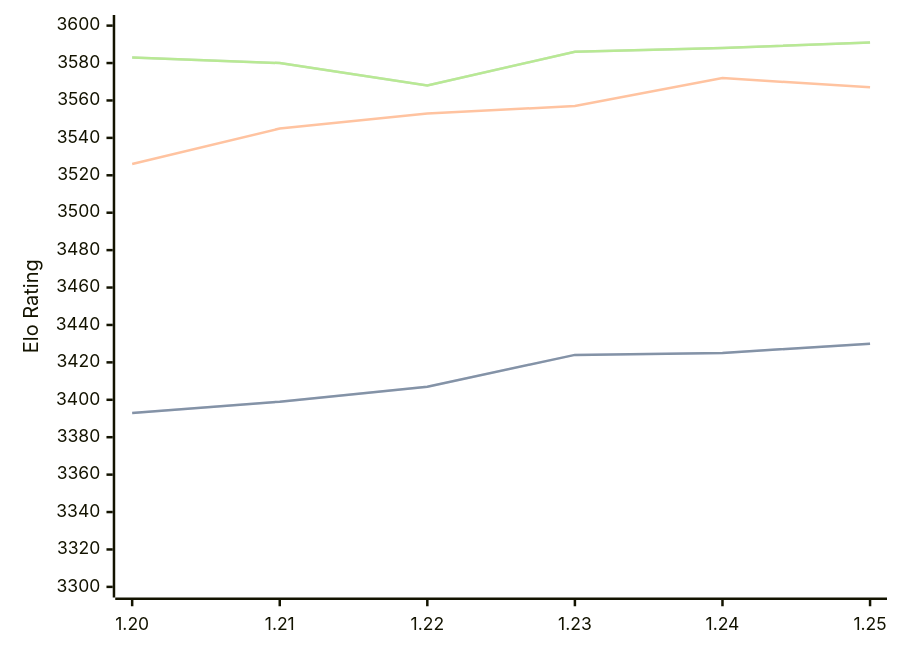
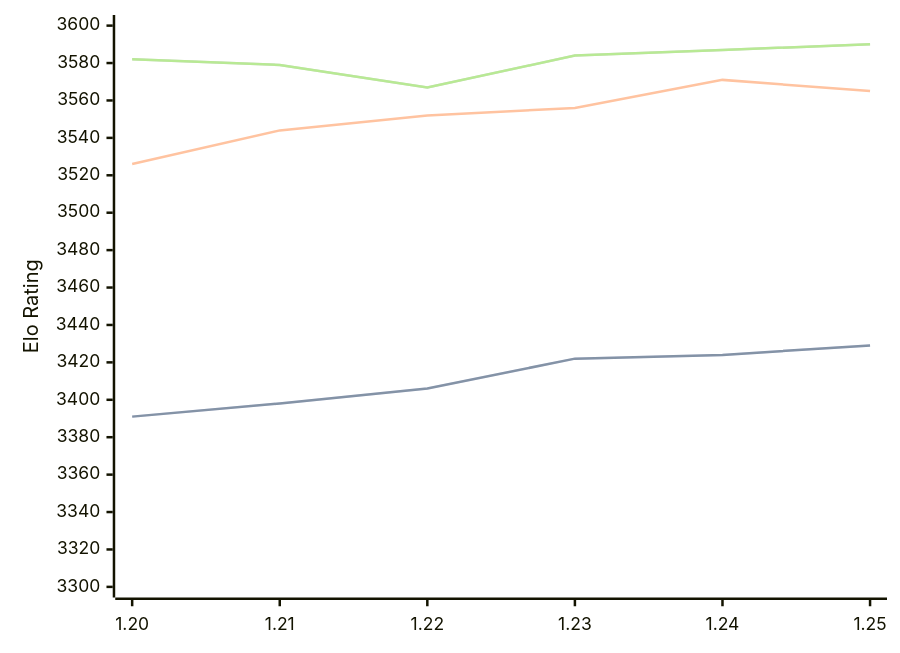
Before and after one commit to computer-chess-index/cci: the diagram in engines/Caissa.md, drawn with Mermaid. The commit also changed other lines of this file, not shown here.

Commit message:
Update CCI Ratings (ELO VLTC) - 2026-04-26

````diff
--- a/engines/Caissa.md
+++ b/engines/Caissa.md
@@ -65,11 +65,11 @@
 ```mermaid
 %%{init: {"theme":"base","themeVariables":{"seriesColors:['#a3a3a3','#222221','#faa371']}}}%%
 xychart-beta
   x-axis ["1.20", "1.21", "1.22", "1.23", "1.24", "1.25"]
   y-axis "Elo Rating" 3300 --> 3600
-  line "STC (8.0+0.08s)" [3393, 3399, 3407, 3424, 3425, 3430]
-  line "STC (8.0+0.08s)" [3393, 3399, 3407, 3424, 3425, 3430]
-  line "LTC (60.0+0.60s)" [3526, 3545, 3553, 3557, 3572, 3567]
-  line "VLTC (2m24s+1.12s)" [3583, 3580, 3568, 3586, 3588, 3591]
-  line "VLTC (2m24s+1.12s)" [3583, 3580, 3568, 3586, 3588, 3591]
+  line "STC (8.0+0.08s)" [3391, 3398, 3406, 3422, 3424, 3429]
+  line "STC (8.0+0.08s)" [3391, 3398, 3406, 3422, 3424, 3429]
+  line "LTC (60.0+0.60s)" [3526, 3544, 3552, 3556, 3571, 3565]
+  line "VLTC (2m24s+1.12s)" [3582, 3579, 3567, 3584, 3587, 3590]
+  line "VLTC (2m24s+1.12s)" [3582, 3579, 3567, 3584, 3587, 3590]
 ```
````
